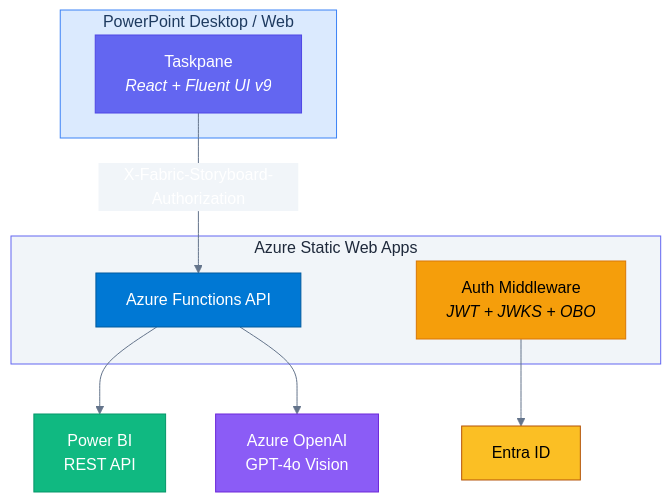
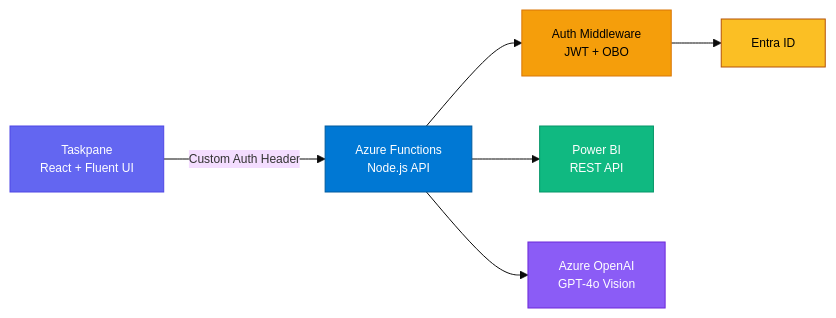
Before and after one commit to fredgis/OfficeAddin: the first of 7 diagrams in prez/presentation.md, drawn with Mermaid. The commit also changed other lines of this file and 2 other files, not shown here.

````diff
--- a/prez/presentation.md
+++ b/prez/presentation.md
@@ -238,28 +183,16 @@
 ```mermaid
-%%{init: {'theme': 'base', 'themeVariables': {'primaryColor': '#6366f1', 'primaryTextColor': '#fff', 'lineColor': '#64748b', 'secondaryColor': '#f1f5f9'}}}%%
-graph TD
-    subgraph PPT["PowerPoint Desktop / Web"]
-        TP["Taskpane<br/><i>React + Fluent UI v9</i>"]
-    end
-    subgraph SWA["Azure Static Web Apps"]
-        API["Azure Functions API"]
-        MW["Auth Middleware<br/><i>JWT + JWKS + OBO</i>"]
-    end
-    ENTRA["Entra ID"]
-    PBI["Power BI<br/>REST API"]
-    AOAI["Azure OpenAI<br/>GPT-4o Vision"]
+%%{init: {'theme': 'base', 'themeVariables': {'fontSize': '12px'}}}%%
+graph LR
+    TP["Taskpane<br/>React + Fluent UI"] -->|"Custom Auth Header"| API["Azure Functions<br/>Node.js API"]
+    API --> MW["Auth Middleware<br/>JWT + OBO"]
+    MW --> ENTRA["Entra ID"]
+    API --> PBI["Power BI<br/>REST API"]
+    API --> AOAI["Azure OpenAI<br/>GPT-4o Vision"]
 
-    TP -->|"X-Fabric-Storyboard-Authorization"| API
-    MW --> ENTRA
-    API --> PBI
-    API --> AOAI
-
-    style PPT fill:#dbeafe,stroke:#3b82f6,color:#1e3a5f
-    style SWA fill:#f1f5f9,stroke:#6366f1,color:#1e293b
     style TP fill:#6366f1,stroke:#4f46e5,color:#fff
     style API fill:#0078d4,stroke:#005a9e,color:#fff
     style MW fill:#f59e0b,stroke:#d97706,color:#000
     style ENTRA fill:#fbbf24,stroke:#b45309,color:#000
     style PBI fill:#10b981,stroke:#059669,color:#fff
     style AOAI fill:#8b5cf6,stroke:#6d28d9,color:#fff
 ```
````
